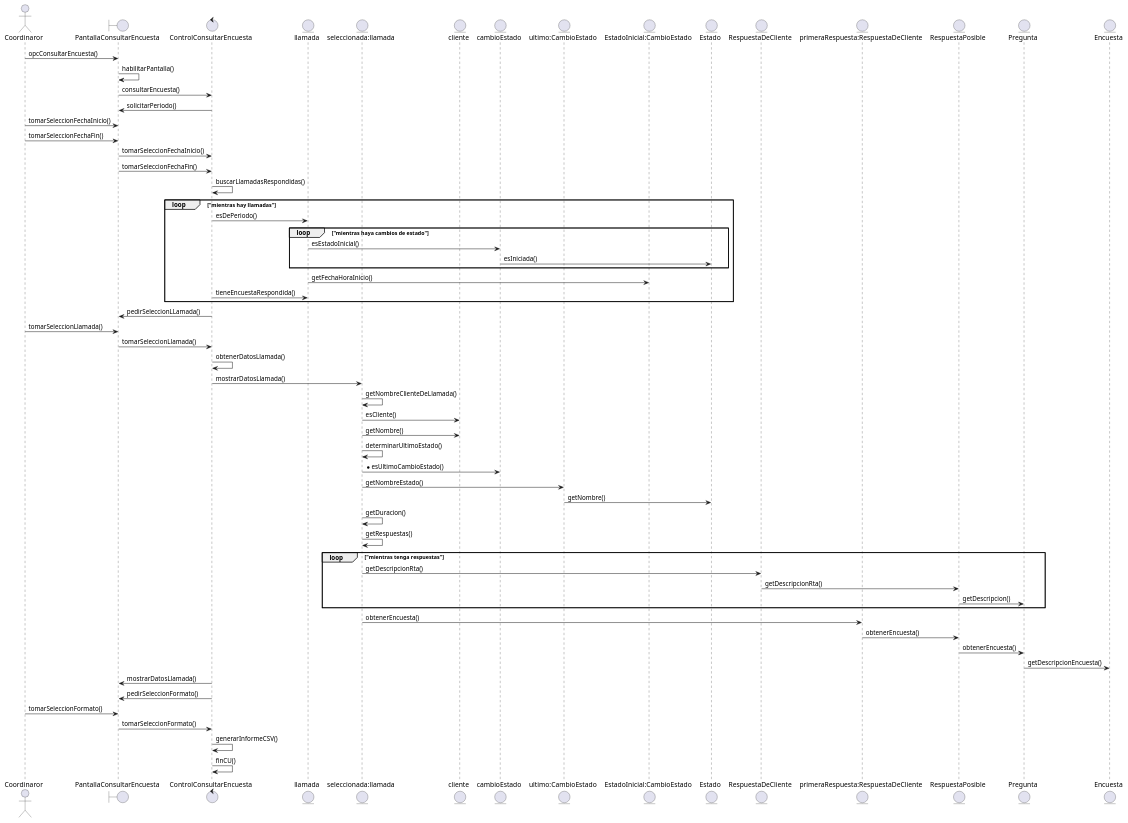
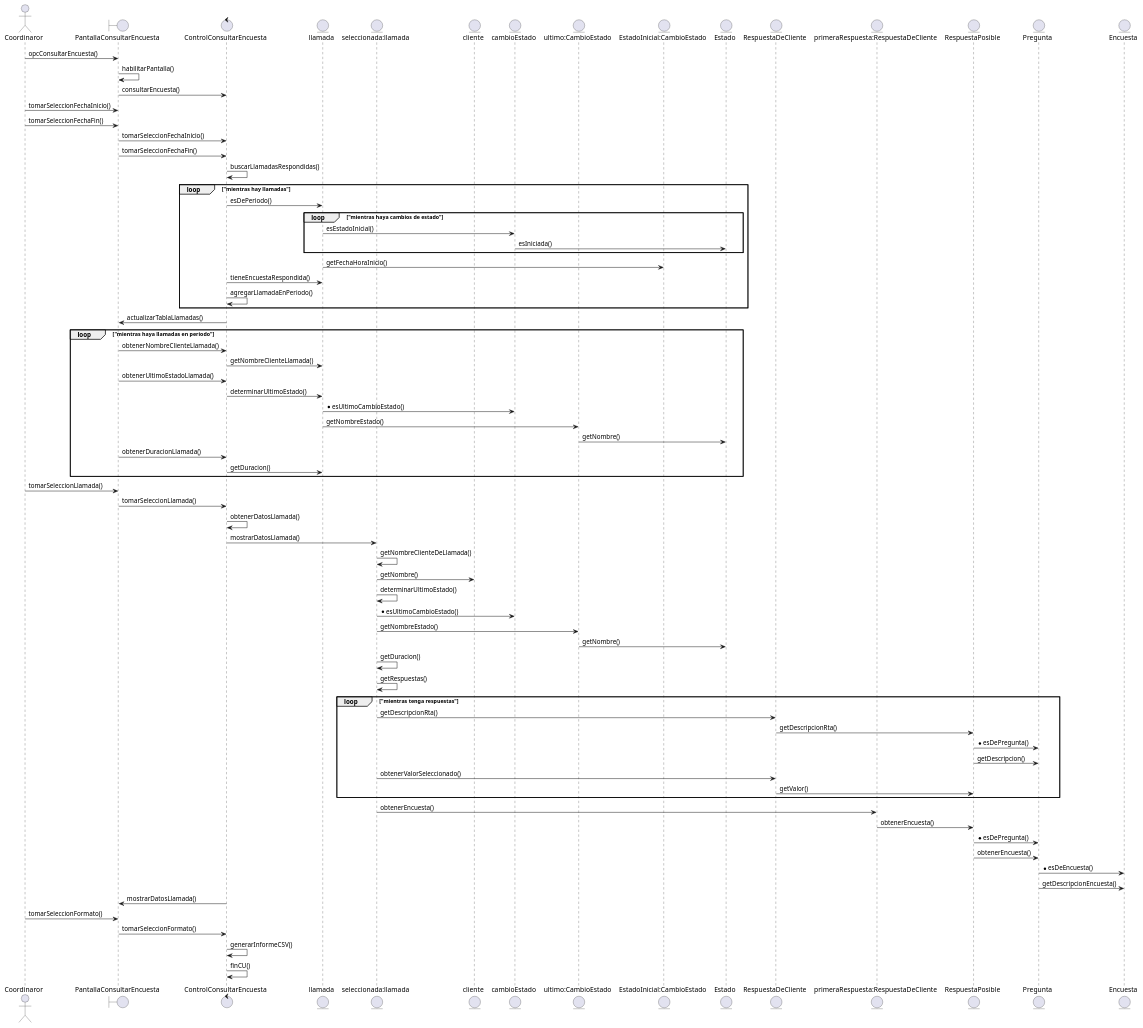
One commit to ReynaTeodoro/2023DSI changed the diagram in PPAI/Sequence/cu44 ConsultarEncuesta.puml. Above: the diagram before and after it, drawn with PlantUML. The commit also changed 13 other files, not shown here.

```diff
--- a/PPAI/Sequence/cu44 ConsultarEncuesta.puml
+++ b/PPAI/Sequence/cu44 ConsultarEncuesta.puml
@@ -1,67 +1,80 @@
 @startuml
 actor Coordinaror as co
 boundary PantallaConsultarEncuesta as pa
 control ControlConsultarEncuesta as ge
 entity llamada as ll
 entity "seleccionada:llamada" as sll
 entity cliente as cl
 entity cambioEstado as ce
 entity "ultimo:CambioEstado" as uce
 entity "EstadoInicial:CambioEstado" as ice
 entity Estado as e
 entity RespuestaDeCliente as rc
 entity "primeraRespuesta:RespuestaDeCliente" as urc
 entity RespuestaPosible as rp
 entity Pregunta as pr
 entity Encuesta as en
 
 co -> pa: opcConsultarEncuesta()
 pa -> pa: habilitarPantalla()
 pa -> ge: consultarEncuesta()
-ge -> pa: solicitarPeriodo()
 co -> pa: tomarSeleccionFechaInicio()
 co -> pa: tomarSeleccionFechaFin()
 pa -> ge: tomarSeleccionFechaInicio()
 pa -> ge: tomarSeleccionFechaFin()
 ge -> ge: buscarLlamadasRespondidas()
 loop "mientras hay llamadas"
 ge -> ll: esDePeriodo()
 loop "mientras haya cambios de estado"
 ll -> ce: esEstadoInicial()
 ce -> e: esIniciada()
 end
 ll -> ice: getFechaHoraInicio()
 ge -> ll: tieneEncuestaRespondida()
-
+ge -> ge: agregarLlamadaEnPeriodo()
 
 end
-ge -> pa: pedirSeleccionLLamada()
+ge -> pa: actualizarTablaLlamadas()
+loop "mientras haya llamadas en periodo"
+pa -> ge: obtenerNombreClienteLlamada()
+ge -> ll: getNombreClienteLlamada()
+pa -> ge: obtenerUltimoEstadoLlamada()
+ge -> ll: determinarUltimoEstado()
+ll -> ce: *esUltimoCambioEstado()
+ll -> uce: getNombreEstado()
+uce -> e: getNombre()
+pa -> ge: obtenerDuracionLlamada()
+ge -> ll: getDuracion()
+end
 co -> pa: tomarSeleccionLlamada()
 pa -> ge: tomarSeleccionLlamada()
 ge -> ge: obtenerDatosLlamada()
 ge -> sll: mostrarDatosLlamada()
 sll -> sll: getNombreClienteDeLlamada()
-sll -> cl: esCliente()
 sll -> cl: getNombre()
 sll -> sll: determinarUltimoEstado()
 sll -> ce: *esUltimoCambioEstado()
 sll -> uce: getNombreEstado()
 uce -> e: getNombre()
 sll -> sll: getDuracion()
 sll -> sll: getRespuestas()
 loop "mientras tenga respuestas"
 sll -> rc: getDescripcionRta()
 rc -> rp: getDescripcionRta()
+rp -> pr: *esDePregunta()
 rp -> pr: getDescripcion()
+sll -> rc: obtenerValorSeleccionado()
+rc -> rp: getValor()
 end
 sll -> urc: obtenerEncuesta()
 urc -> rp: obtenerEncuesta()
+rp -> pr: *esDePregunta()
 rp -> pr: obtenerEncuesta()
+pr -> en: *esDeEncuesta()
 pr -> en: getDescripcionEncuesta()
 ge -> pa: mostrarDatosLlamada()
-ge -> pa: pedirSeleccionFormato()
 co -> pa: tomarSeleccionFormato()
 pa -> ge: tomarSeleccionFormato()
 ge -> ge: generarInformeCSV()
 ge -> ge: finCU()
 @enduml
```
